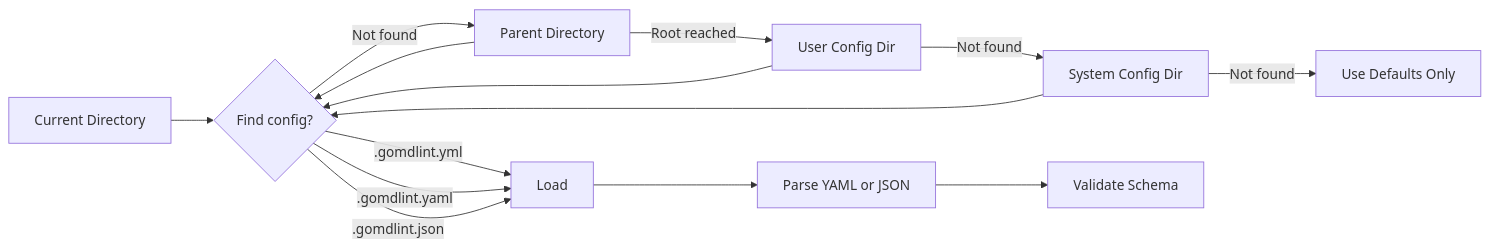
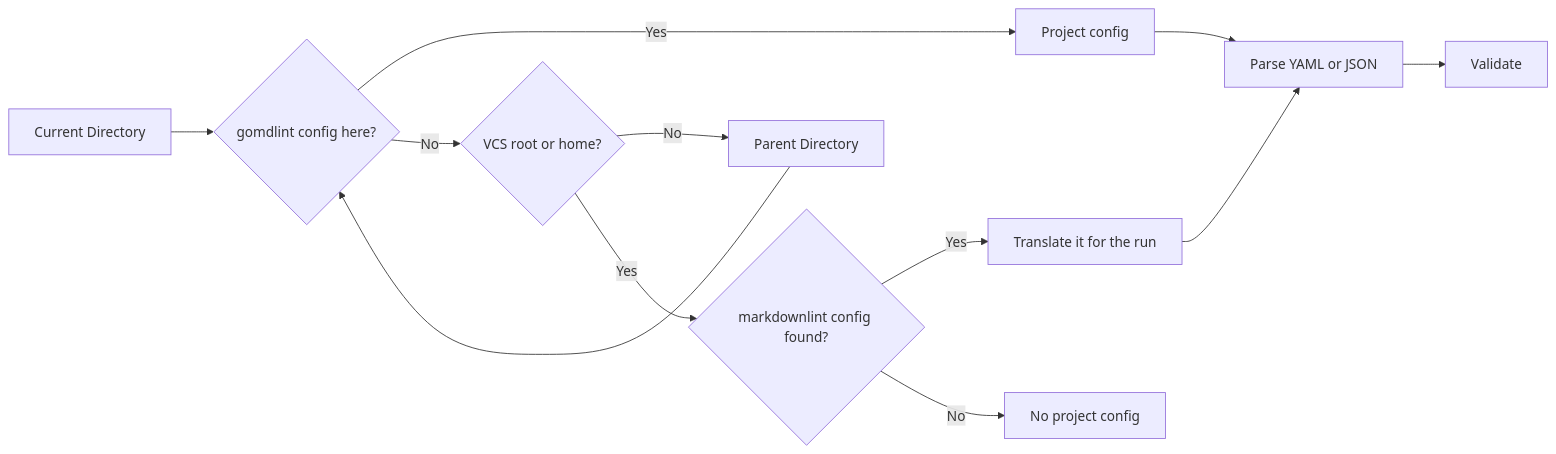
Before and after one commit to yaklabco/gomdlint: diagram 12 of 12 in docs/ARCHITECTURE.md, drawn with Mermaid. The commit also changed other lines of this file and 14 other files, not shown here.

````diff
--- a/docs/ARCHITECTURE.md
+++ b/docs/ARCHITECTURE.md
@@ -491,16 +887,14 @@
 ```mermaid
 flowchart LR
-    cwd[Current Directory] --> search{Find config?}
-    search -->|.gomdlint.yml| found[Load]
-    search -->|.gomdlint.yaml| found
-    search -->|.gomdlint.json| found
-    search -->|Not found| parent[Parent Directory]
+    cwd[Current Directory] --> search{gomdlint config here?}
+    search -->|Yes| found[Project config]
+    search -->|No| boundary{VCS root or home?}
+    boundary -->|No| parent[Parent Directory]
     parent --> search
-    parent -->|Root reached| userDir[User Config Dir]
-    userDir --> search
-    userDir -->|Not found| systemDir[System Config Dir]
-    systemDir --> search
-    systemDir -->|Not found| useDefaults[Use Defaults Only]
+    boundary -->|Yes| mdl{markdownlint config found?}
+    mdl -->|Yes| translated[Translate it for the run]
+    mdl -->|No| none[No project config]
     found --> parse[Parse YAML or JSON]
-    parse --> validate[Validate Schema]
+    translated --> parse
+    parse --> validate[Validate]
 ```
````
